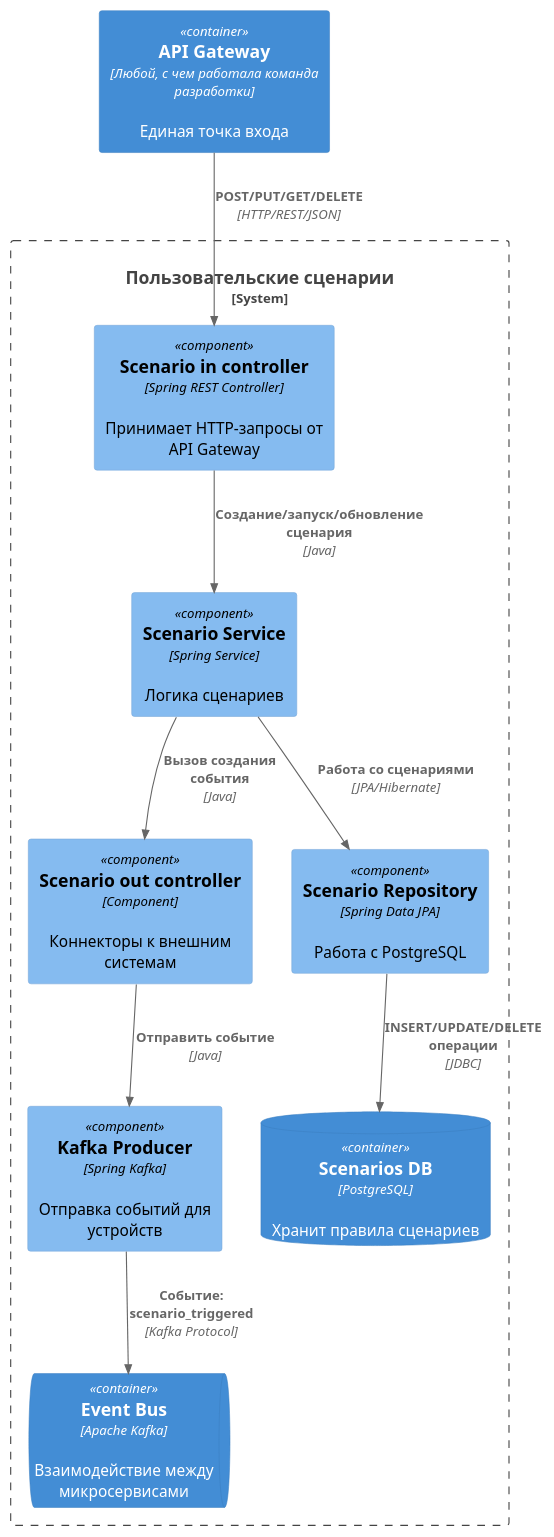
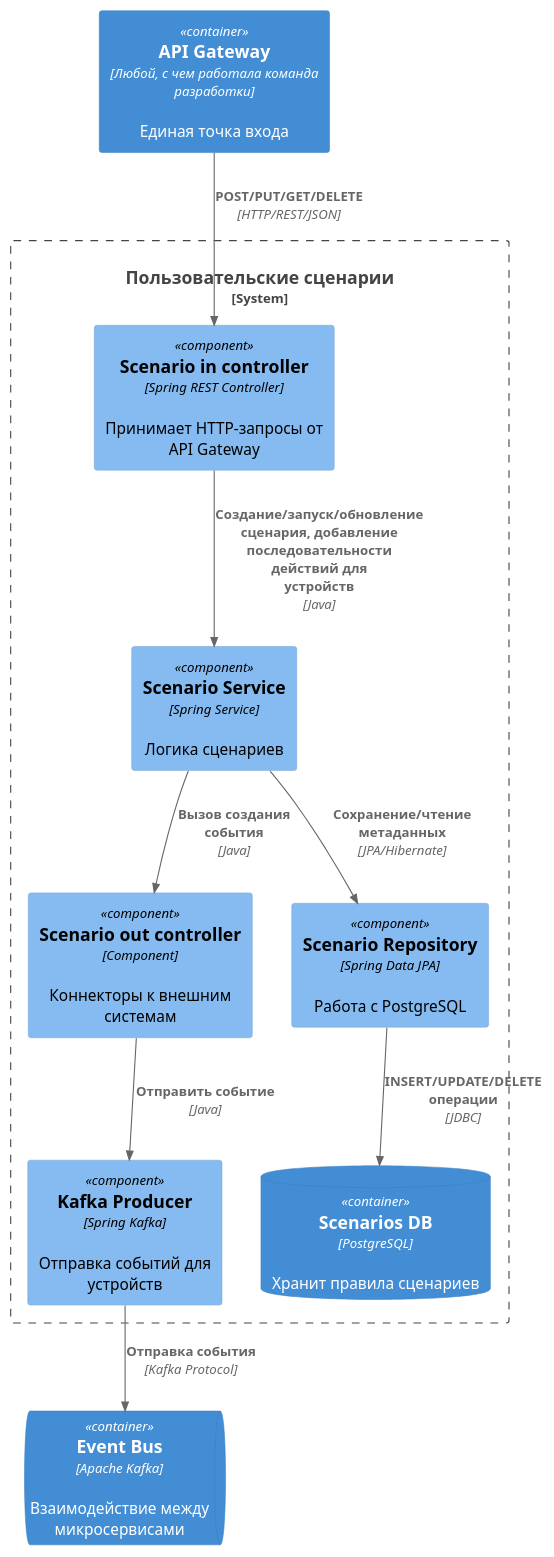
Before and after one commit to Azhdankov/architecture-sprint-3: the diagram in to_be_architecture/scenarios_service.puml, drawn with PlantUML. The commit also changed 17 other files, not shown here.

```diff
--- a/to_be_architecture/scenarios_service.puml
+++ b/to_be_architecture/scenarios_service.puml
@@ -1,26 +1,26 @@
 @startuml ScenariosServiceComponents
 !include https://raw.githubusercontent.com/plantuml-stdlib/C4-PlantUML/master/C4_Component.puml
 
 System_Boundary(scenarios_boundary, "Пользовательские сценарии") {
     ContainerDb(scenarios_db, "Scenarios DB", "PostgreSQL", "Хранит правила сценариев")
-    ContainerQueue(kafka, "Event Bus", "Apache Kafka", "Взаимодействие между микросервисами")
 
     Component(scenario_in, "Scenario in controller", "Spring REST Controller", "Принимает HTTP-запросы от API Gateway")
     Component(scenario_out, "Scenario out controller", "Component", "Коннекторы к внешним системам")
     Component(scenario_service, "Scenario Service", "Spring Service", "Логика сценариев")
     Component(scenario_repository, "Scenario Repository", "Spring Data JPA", "Работа с PostgreSQL")
     Component(kafka_producer, "Kafka Producer", "Spring Kafka", "Отправка событий для устройств")
 }
 
+ContainerQueue(kafka, "Event Bus", "Apache Kafka", "Взаимодействие между микросервисами")
 Container(api_gateway, "API Gateway", "Любой, с чем работала команда разработки", "Единая точка входа")
 
 Rel(api_gateway, scenario_in, "POST/PUT/GET/DELETE", "HTTP/REST/JSON")
 
-Rel(scenario_in, scenario_service, "Создание/запуск/обновление сценария", "Java")
-Rel(scenario_service, scenario_repository, "Работа со сценариями", "JPA/Hibernate")
+Rel(scenario_in, scenario_service, "Создание/запуск/обновление сценария, добавление последовательности действий для устройств", "Java")
+Rel(scenario_service, scenario_repository, "Сохранение/чтение метаданных", "JPA/Hibernate")
 Rel(scenario_repository, scenarios_db, "INSERT/UPDATE/DELETE операции", "JDBC")
 Rel(scenario_service, scenario_out, "Вызов создания события", "Java")
 Rel(scenario_out, kafka_producer, "Отправить событие", "Java")
-Rel(kafka_producer, kafka, "Событие: scenario_triggered", "Kafka Protocol")
+Rel(kafka_producer, kafka, "Отправка события", "Kafka Protocol")
 
 @enduml
```
